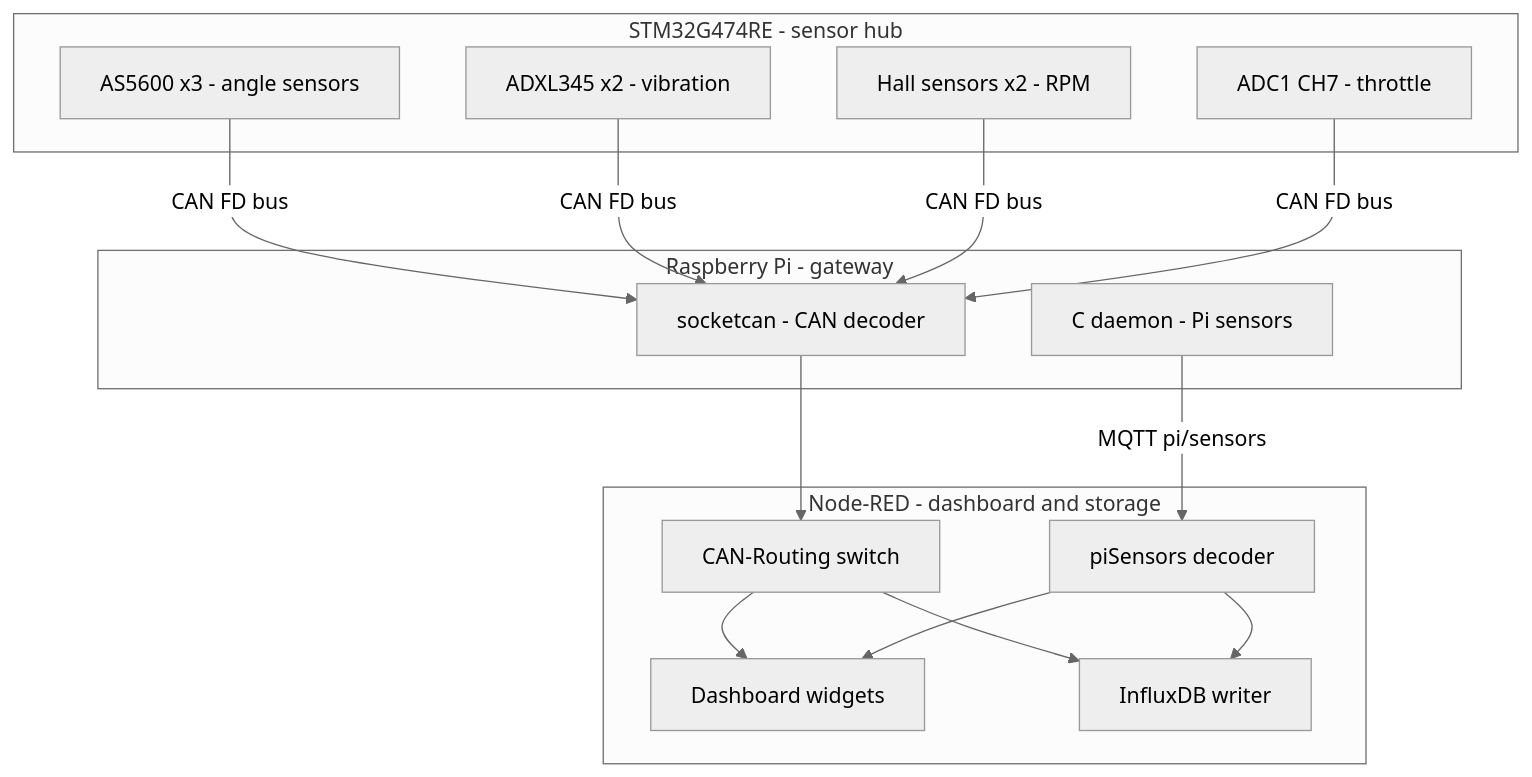
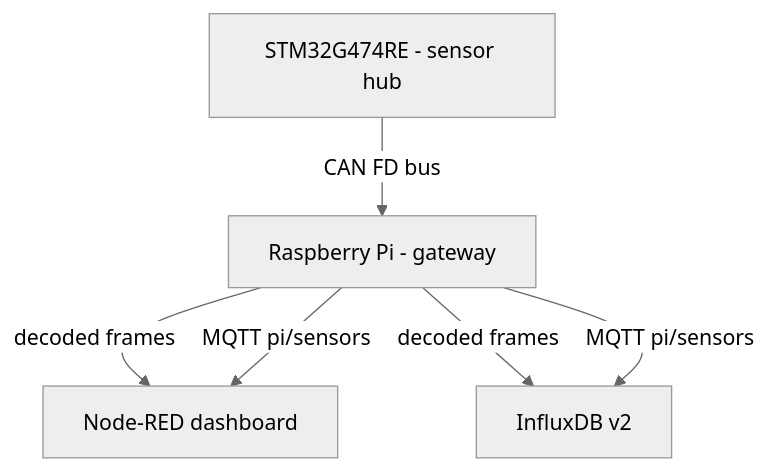
One commit to Cal-Poly-Pomona-Solar-Boat/CPPSolarBoat2025 changed the first of 8 diagrams in Node-Red-TestCode/danielCode/README.md. Above: the diagram before and after it, drawn with Mermaid (neutral theme). The commit also changed other lines of this file, not shown here.

````diff
--- a/Node-Red-TestCode/danielCode/README.md
+++ b/Node-Red-TestCode/danielCode/README.md
@@ -30,29 +30,13 @@
 ```mermaid
 graph TD
-    subgraph STM32["STM32G474RE - sensor hub"]
-        A1[AS5600 x3 - angle sensors]
-        A2[ADXL345 x2 - vibration]
-        A3[Hall sensors x2 - RPM]
-        A4[ADC1 CH7 - throttle]
-    end
+    STM32["STM32G474RE - sensor hub"]
+    Pi["Raspberry Pi - gateway"]
+    DB["InfluxDB v2"]
+    UI["Node-RED dashboard"]
 
-    subgraph Pi["Raspberry Pi - gateway"]
-        B1[socketcan - CAN decoder]
-        B2[C daemon - Pi sensors]
-    end
-
-    subgraph NR["Node-RED - dashboard and storage"]
-        C1[CAN-Routing switch]
-        C2[piSensors decoder]
-        C3[Dashboard widgets]
-        C4[InfluxDB writer]
-    end
-
-    A1 & A2 & A3 & A4 -->|CAN FD bus| B1
-    B2 -->|MQTT pi/sensors| C2
-    B1 --> C1
-    C1 --> C3
-    C2 --> C3
-    C1 --> C4
-    C2 --> C4
+    STM32 -->|CAN FD bus| Pi
+    Pi -->|decoded frames| UI
+    Pi -->|decoded frames| DB
+    Pi -->|MQTT pi/sensors| UI
+    Pi -->|MQTT pi/sensors| DB
 ```
````
